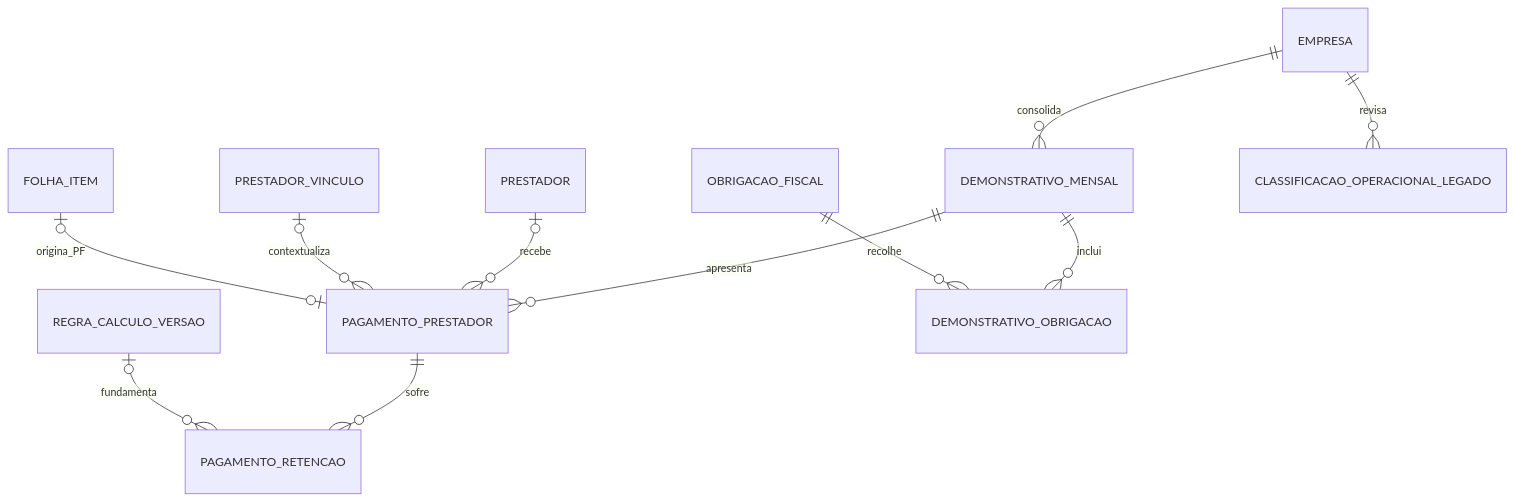
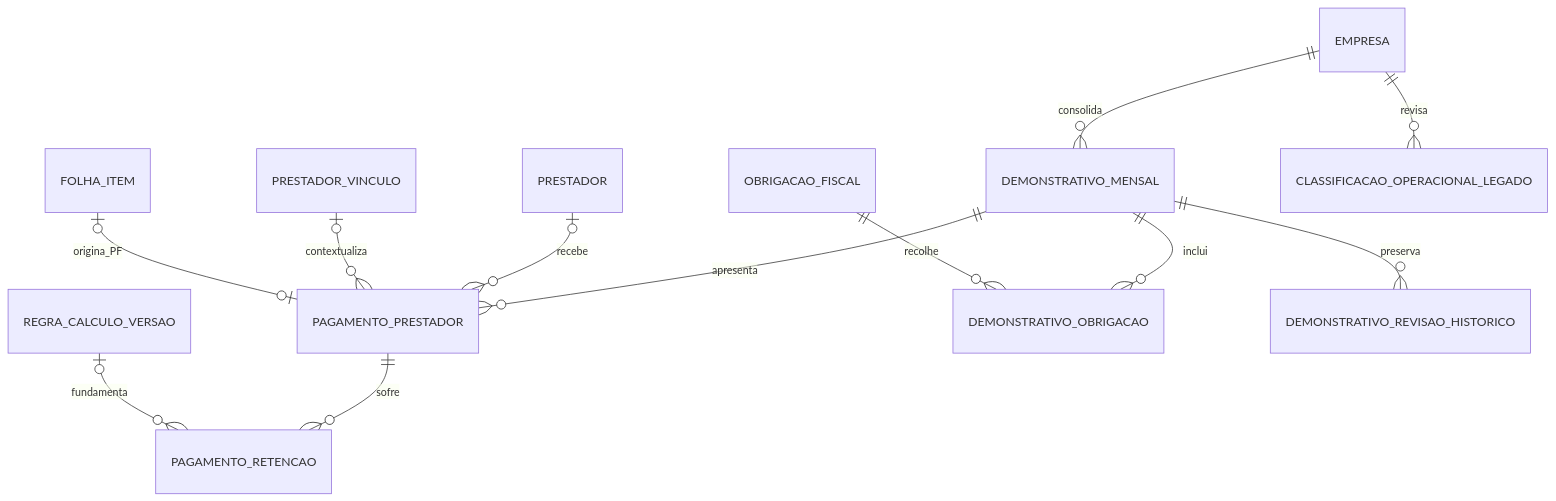
One commit to AldoSant/GestaoInstitutos changed the first of 2 diagrams in docs/DEMONSTRATIVO_MENSAL_CAMAMU.md. Above: the diagram before and after it, drawn with Mermaid. The commit also changed other lines of this file and 12 other files, not shown here.

Commit message:
feat: preserva revisoes do demonstrativo

````diff
--- a/docs/DEMONSTRATIVO_MENSAL_CAMAMU.md
+++ b/docs/DEMONSTRATIVO_MENSAL_CAMAMU.md
@@ -32,13 +32,14 @@
 ```mermaid
 erDiagram
   EMPRESA ||--o{ DEMONSTRATIVO_MENSAL : consolida
   DEMONSTRATIVO_MENSAL ||--o{ PAGAMENTO_PRESTADOR : apresenta
   PRESTADOR o|--o{ PAGAMENTO_PRESTADOR : recebe
   PRESTADOR_VINCULO o|--o{ PAGAMENTO_PRESTADOR : contextualiza
   FOLHA_ITEM o|--o| PAGAMENTO_PRESTADOR : origina_PF
   PAGAMENTO_PRESTADOR ||--o{ PAGAMENTO_RETENCAO : sofre
   REGRA_CALCULO_VERSAO o|--o{ PAGAMENTO_RETENCAO : fundamenta
   DEMONSTRATIVO_MENSAL ||--o{ DEMONSTRATIVO_OBRIGACAO : inclui
   OBRIGACAO_FISCAL ||--o{ DEMONSTRATIVO_OBRIGACAO : recolhe
+  DEMONSTRATIVO_MENSAL ||--o{ DEMONSTRATIVO_REVISAO_HISTORICO : preserva
   EMPRESA ||--o{ CLASSIFICACAO_OPERACIONAL_LEGADO : revisa
 ```
````
